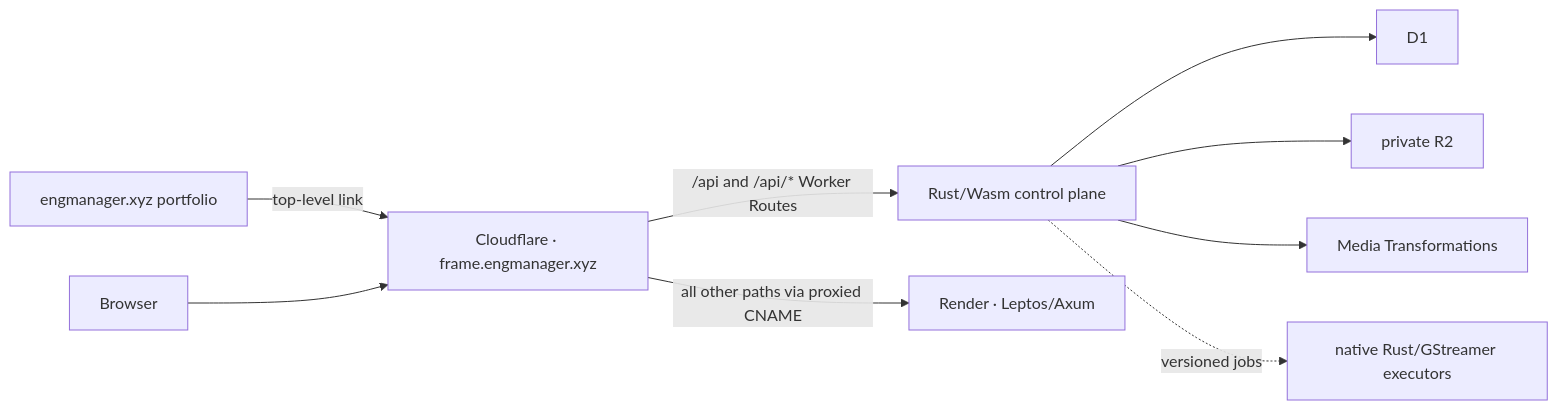
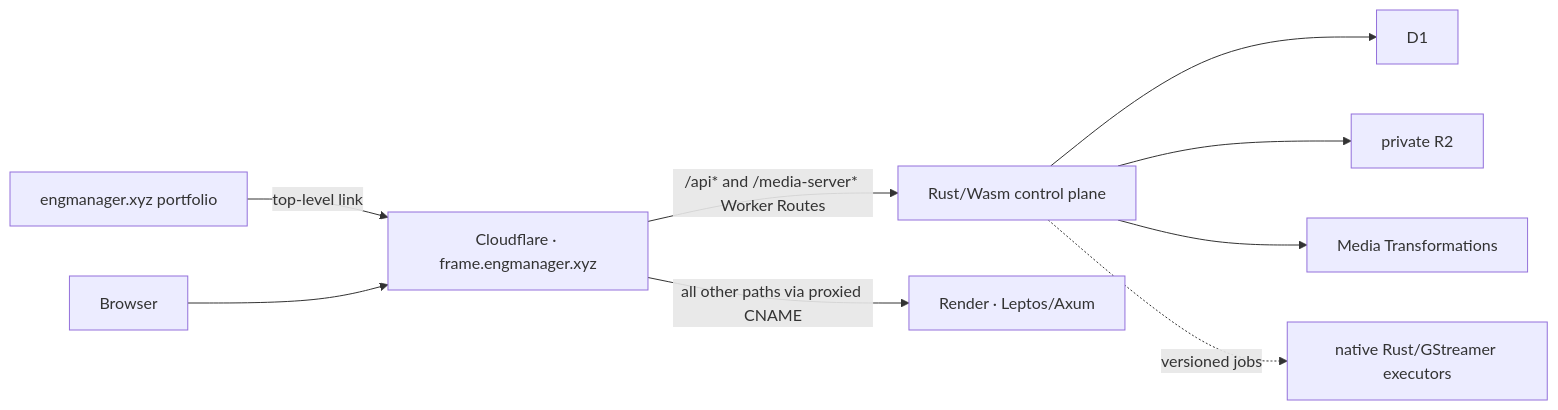
One commit to eng-manager-xyz/frame changed the diagram in docs/adr/0004-engmanager-render-cloudflare-topology.md. Above: the diagram before and after it, drawn with Mermaid. The commit also changed other lines of this file and 165 other files, not shown here.

````diff
--- a/docs/adr/0004-engmanager-render-cloudflare-topology.md
+++ b/docs/adr/0004-engmanager-render-cloudflare-topology.md
@@ -26,11 +26,11 @@
 ```mermaid
 flowchart LR
   PORTFOLIO["engmanager.xyz portfolio"] -->|"top-level link"| EDGE
   BROWSER["Browser"] --> EDGE["Cloudflare · frame.engmanager.xyz"]
-  EDGE -->|"/api and /api/* Worker Routes"| API["Rust/Wasm control plane"]
+  EDGE -->|"/api* and /media-server* Worker Routes"| API["Rust/Wasm control plane"]
   EDGE -->|"all other paths via proxied CNAME"| WEB["Render · Leptos/Axum"]
   API --> D1["D1"]
   API --> R2["private R2"]
   API --> MEDIA["Media Transformations"]
   API -. "versioned jobs" .-> NATIVE["native Rust/GStreamer executors"]
 ```
````
